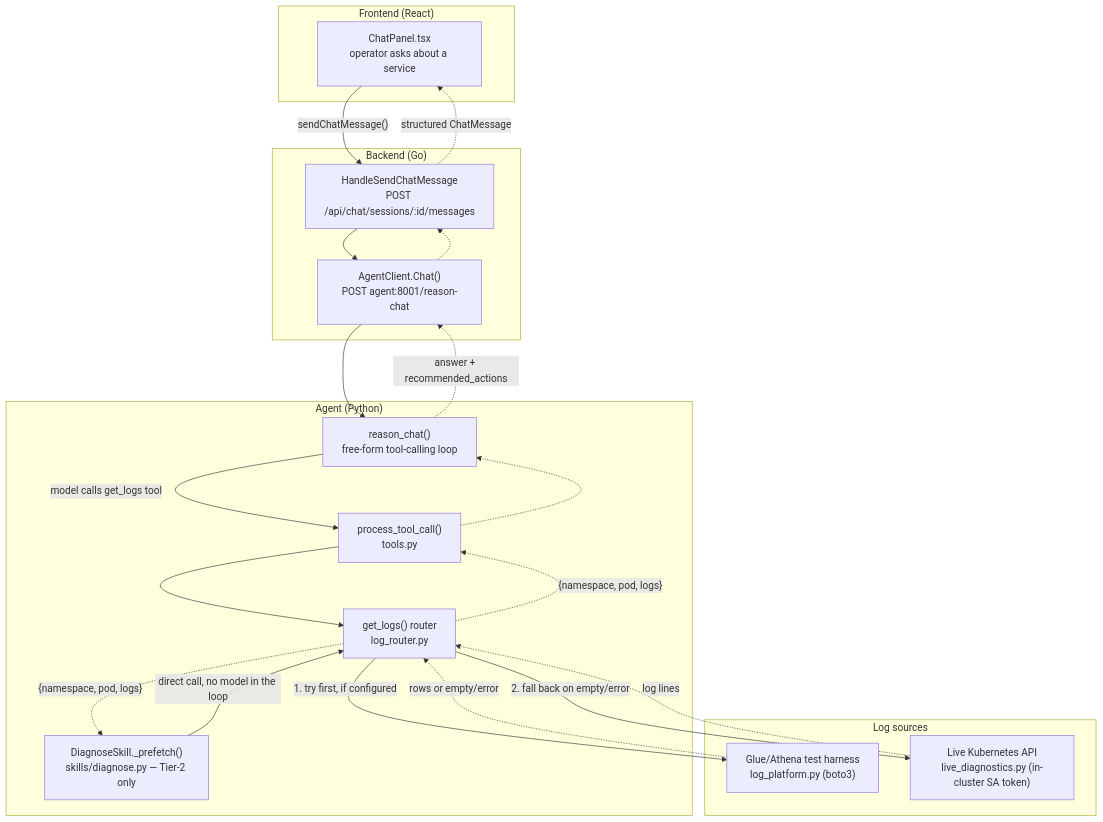
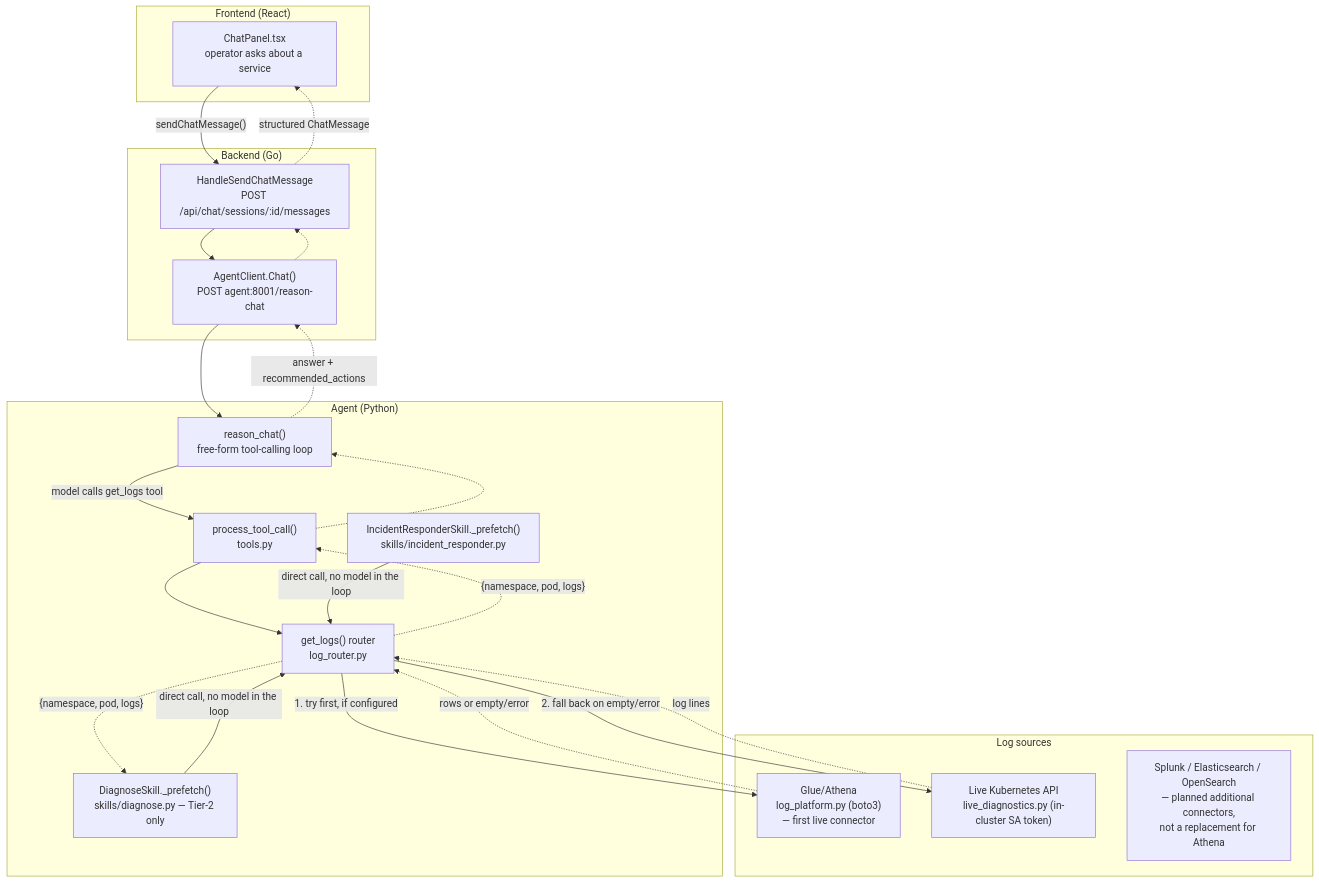
One commit to kschandramouli/agentify2 changed the first of 3 diagrams in docs/LOG_SOURCE_ROUTING_FLOW.md. Above: the diagram before and after it, drawn with Mermaid. The commit also changed other lines of this file and 2 other files, not shown here.

First line of the commit message:
docs: reframe Splunk/ES as additional log connectors, not a priority over Athena

````diff
--- a/docs/LOG_SOURCE_ROUTING_FLOW.md
+++ b/docs/LOG_SOURCE_ROUTING_FLOW.md
@@ -10,40 +16,43 @@
 ```mermaid
 flowchart TD
     subgraph FE["Frontend (React)"]
         UI["ChatPanel.tsx<br/>operator asks about a service"]
     end
 
     subgraph BE["Backend (Go)"]
         API["HandleSendChatMessage<br/>POST /api/chat/sessions/:id/messages"]
         AC["AgentClient.Chat()<br/>POST agent:8001/reason-chat"]
         API --> AC
     end
 
     subgraph AG["Agent (Python)"]
         RC["reason_chat()<br/>free-form tool-calling loop"]
         PTC["process_tool_call()<br/>tools.py"]
         GL["get_logs() router<br/>log_router.py"]
         DS["DiagnoseSkill._prefetch()<br/>skills/diagnose.py — Tier-2 only"]
+        IR["IncidentResponderSkill._prefetch()<br/>skills/incident_responder.py"]
         RC -- "model calls get_logs tool" --> PTC
         PTC --> GL
         DS -- "direct call, no model in the loop" --> GL
+        IR -- "direct call, no model in the loop" --> GL
     end
 
     subgraph SRC["Log sources"]
-        ATH["Glue/Athena test harness<br/>log_platform.py (boto3)"]
+        ATH["Glue/Athena<br/>log_platform.py (boto3)<br/>— first live connector"]
         K8S["Live Kubernetes API<br/>live_diagnostics.py (in-cluster SA token)"]
+        FUT["Splunk / Elasticsearch / OpenSearch<br/>— planned additional connectors,<br/>not a replacement for Athena"]
     end
 
     UI -->|"sendChatMessage()"| API
     AC --> RC
     GL -->|"1. try first, if configured"| ATH
     GL -->|"2. fall back on empty/error"| K8S
     ATH -.->|rows or empty/error| GL
     K8S -.->|log lines| GL
     GL -.->|"{namespace, pod, logs}"| PTC
     GL -.->|"{namespace, pod, logs}"| DS
     PTC -.-> RC
     RC -.->|answer + recommended_actions| AC
     AC -.-> API
     API -.->|structured ChatMessage| UI
 ```
````
